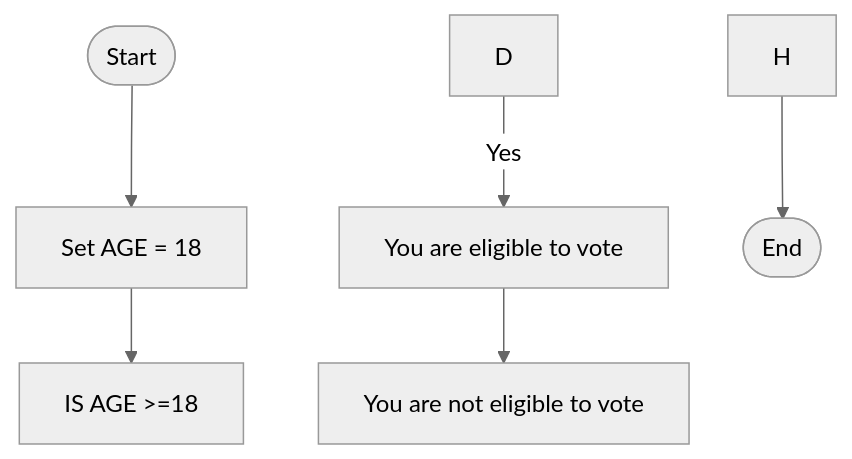
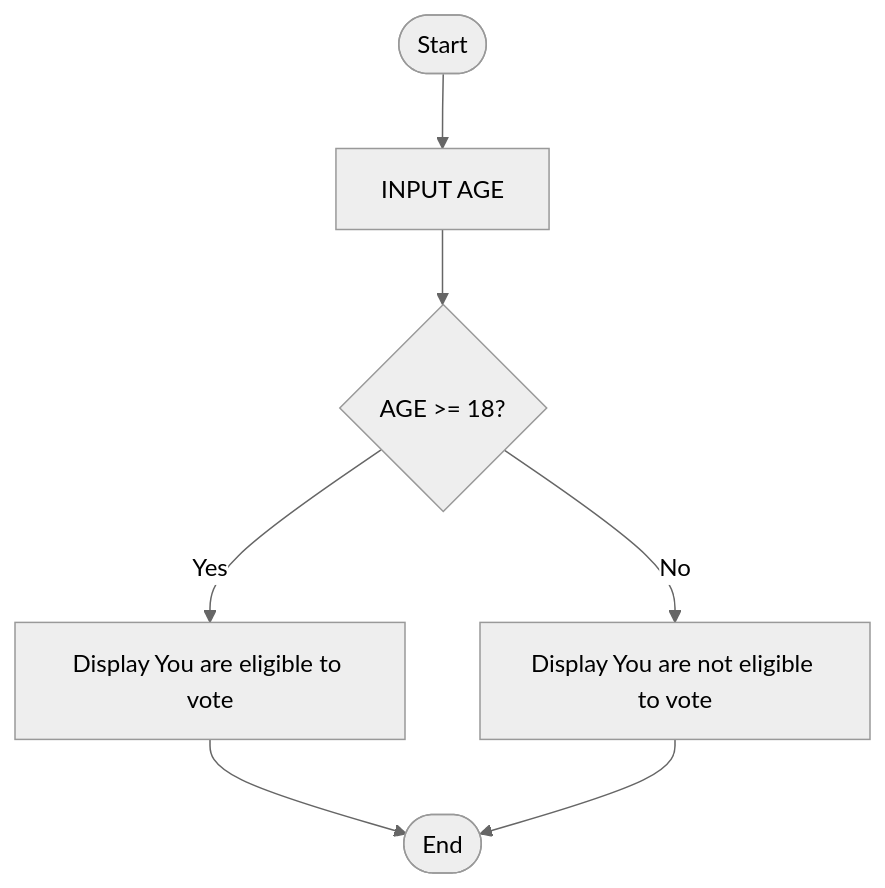
The third of 3 diagrams in README.md (Gloriane7767/Exercise-Algorith-Flowchart-Mermaid), drawn with Mermaid (neutral theme) before and after one commit. The commit also changed other lines of this file, not shown here.

Commit message:
edited exercise 3

````diff
--- a/README.md
+++ b/README.md
@@ -112,10 +114,11 @@
 ```mermaid
 flowchart TD
-
-    A([Start]) --> B[Set AGE = 18]
-    B --> C[IS AGE >=18]
-
-    D -->|Yes| E[You are eligible to vote]
-    E --> F[ You are not eligible to vote]
-    H --> I([End])
+    A([Start]) --> B[INPUT AGE]
+    B --> C{AGE >= 18?}
+    
+    C -->|Yes| D[Display You are eligible to vote]
+    C -->|No| E[Display You are not eligible to vote]
+    
+    D --> F([End])
+    E --> F([End])
 ```
````
